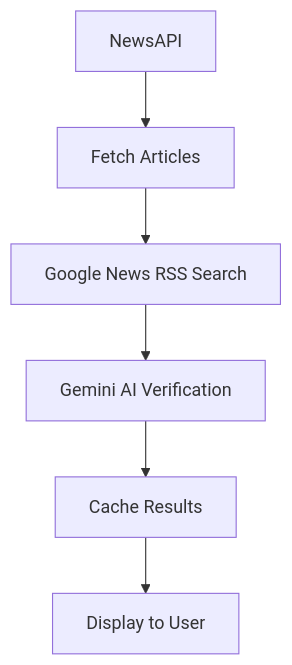
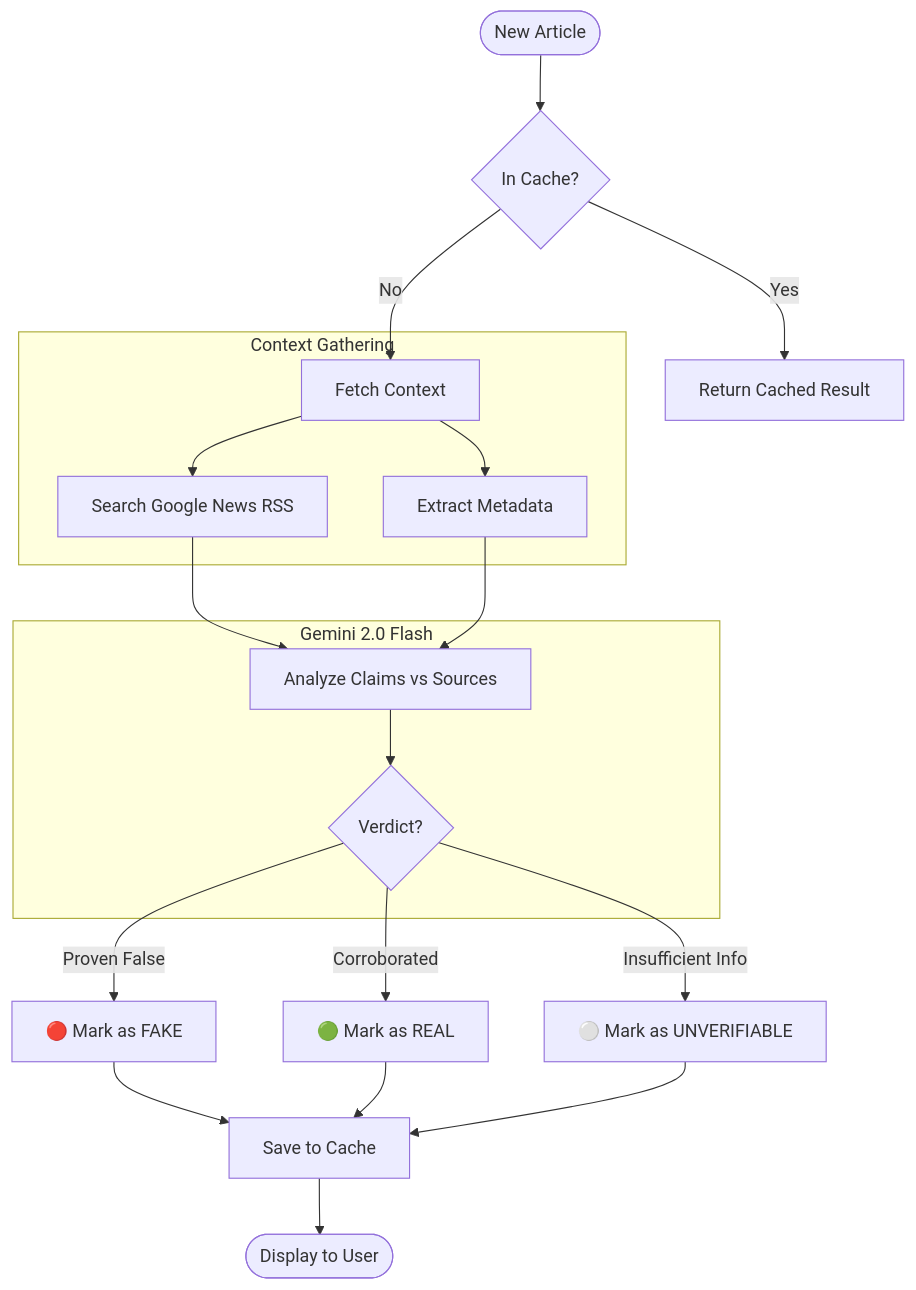
One commit to aksharabhaskar/NewsApp changed the second of 5 diagrams in README.md. Above: the diagram before and after it, drawn with Mermaid. The commit also changed other lines of this file, not shown here.

Commit message:
Add elaborate system architecture and detailed flow diagrams

````diff
--- a/README.md
+++ b/README.md
@@ -18,8 +71,30 @@
 ```mermaid
 graph TD
-    A[NewsAPI] --> B[Fetch Articles]
-    B --> C[Google News RSS Search]
-    C --> D[Gemini AI Verification]
-    D --> E[Cache Results]
-    E --> F[Display to User]
+    Start([New Article]) --> CheckCache{In Cache?}
+    
+    CheckCache -->|Yes| ReturnCached[Return Cached Result]
+    CheckCache -->|No| FetchContext[Fetch Context]
+    
+    subgraph Context Gathering
+        FetchContext --> SearchRSS[Search Google News RSS]
+        FetchContext --> FetchMetadata[Extract Metadata]
+    end
+    
+    SearchRSS --> AI_Analysis
+    FetchMetadata --> AI_Analysis
+    
+    subgraph AI Processing [Gemini 2.0 Flash]
+        AI_Analysis[Analyze Claims vs Sources]
+        AI_Analysis --> Decision{Verdict?}
+    end
+    
+    Decision -->|Proven False| MarkFake[🔴 Mark as FAKE]
+    Decision -->|Corroborated| MarkReal[🟢 Mark as REAL]
+    Decision -->|Insufficient Info| MarkUnverified[⚪ Mark as UNVERIFIABLE]
+    
+    MarkFake --> SaveCache[Save to Cache]
+    MarkReal --> SaveCache
+    MarkUnverified --> SaveCache
+    
+    SaveCache --> End([Display to User])
 ```
````
